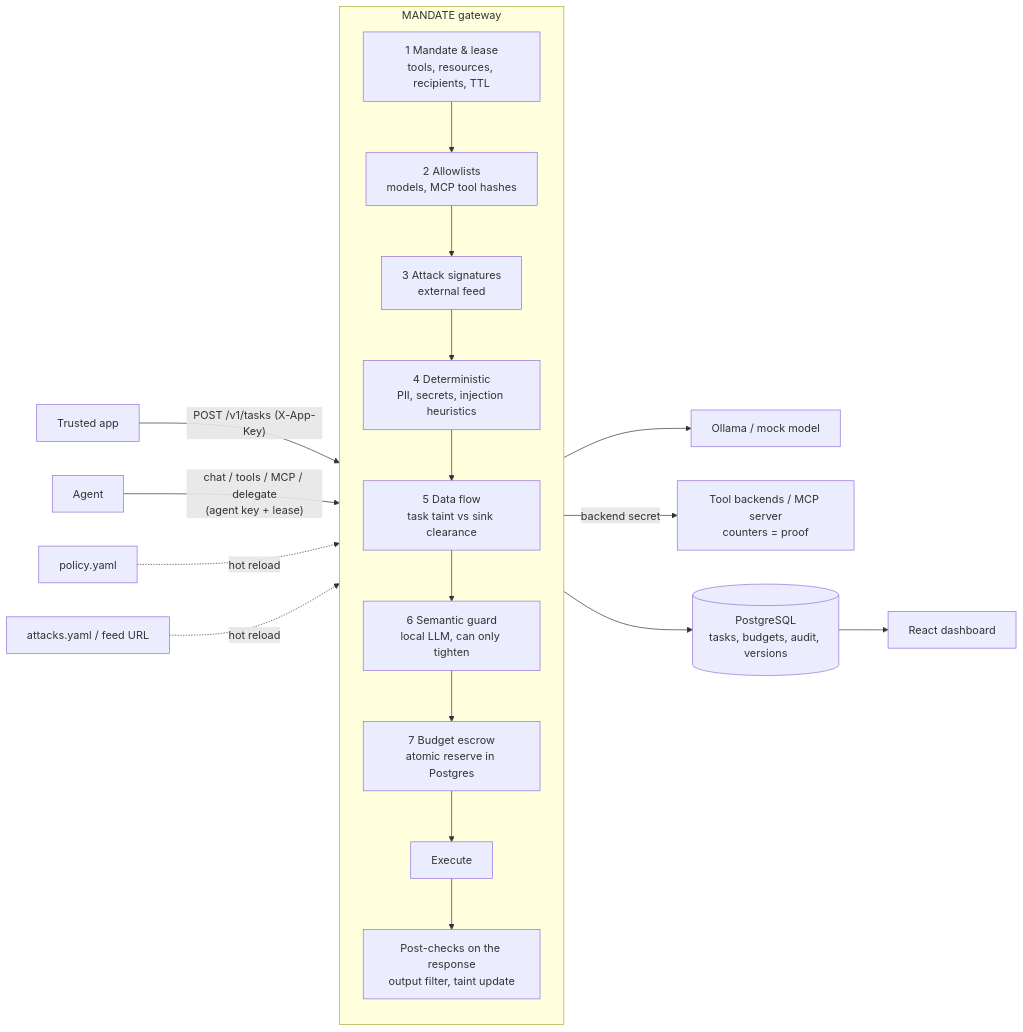
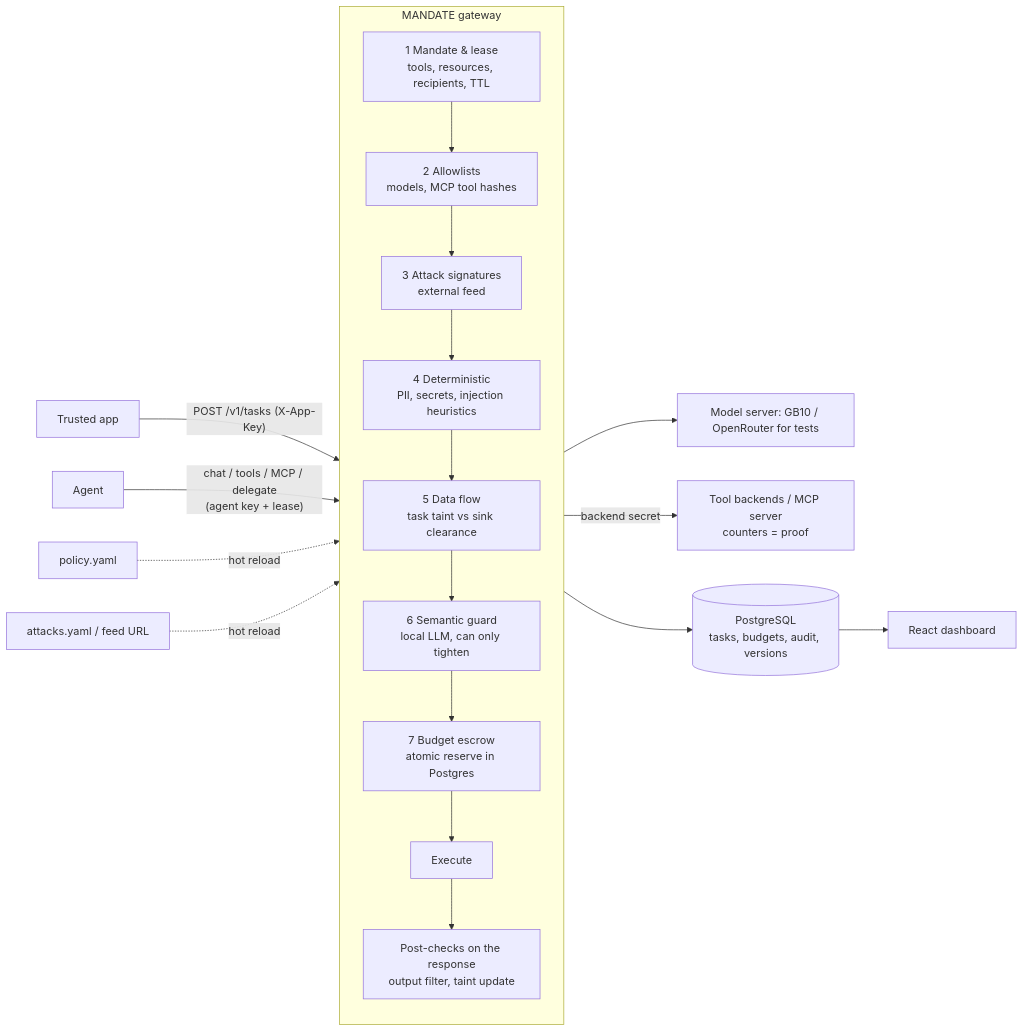
Before and after one commit to Alfiarze/hackyeah-2026-goldman: the diagram in README.md, drawn with Mermaid. The commit also changed other lines of this file and 17 other files, not shown here.

First line of the commit message:
Replace Ollama with one OpenAI-compatible model server

````diff
--- a/README.md
+++ b/README.md
@@ -41,22 +51,22 @@
 ```mermaid
 flowchart LR
   App[Trusted app] -- "POST /v1/tasks (X-App-Key)" --> GW
   Agent -- "chat / tools / MCP / delegate<br/>(agent key + lease)" --> GW
   subgraph GW[MANDATE gateway]
     direction TB
     M[1 Mandate & lease<br/>tools, resources, recipients, TTL] --> A[2 Allowlists<br/>models, MCP tool hashes]
     A --> S[3 Attack signatures<br/>external feed]
     S --> D[4 Deterministic<br/>PII, secrets, injection heuristics]
     D --> T[5 Data flow<br/>task taint vs sink clearance]
     T --> SEM[6 Semantic guard<br/>local LLM, can only tighten]
     SEM --> B[7 Budget escrow<br/>atomic reserve in Postgres]
     B --> X[Execute]
     X --> P[Post-checks on the response<br/>output filter, taint update]
   end
-  GW --> LLM[Ollama / mock model]
+  GW --> LLM[Model server: GB10 / OpenRouter for tests]
   GW -- "backend secret" --> Tools[Tool backends / MCP server<br/>counters = proof]
   GW --> PG[(PostgreSQL<br/>tasks, budgets, audit, versions)]
   Policy[policy.yaml] -. hot reload .-> GW
   Feed[attacks.yaml / feed URL] -. hot reload .-> GW
   PG --> Dash[React dashboard]
 ```
````
